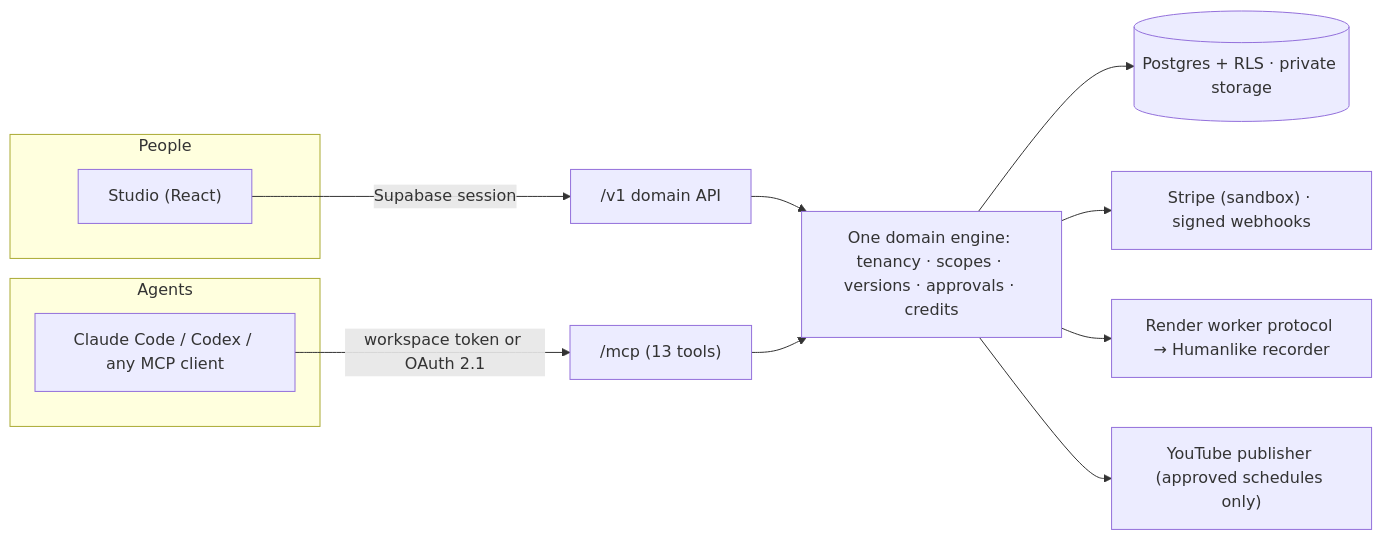
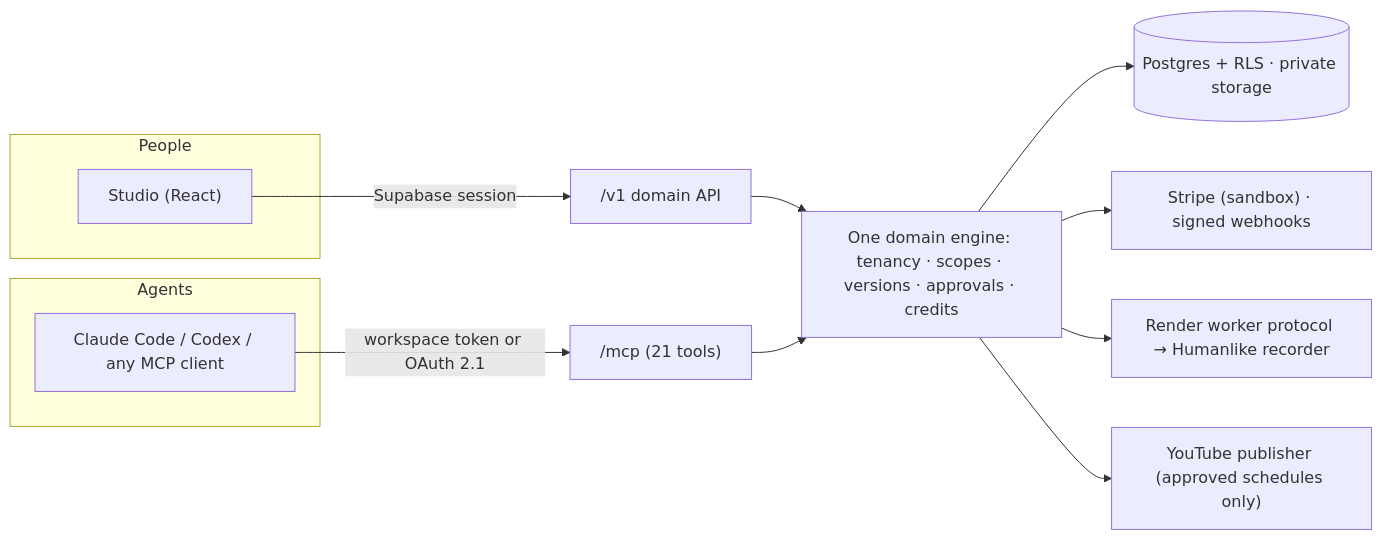
One commit to DimitrisTheo-Dev/Hackathon-gen-ai changed the diagram in docs/submission/SUBMISSION.md. Above: the diagram before and after it, drawn with Mermaid. The commit also changed other lines of this file and 3 other files, not shown here.

````diff
--- a/docs/submission/SUBMISSION.md
+++ b/docs/submission/SUBMISSION.md
@@ -41,17 +46,17 @@
 ```mermaid
 flowchart LR
   subgraph People
     Studio["Studio (React)"]
   end
   subgraph Agents
     CC["Claude Code / Codex / any MCP client"]
   end
   Studio -- "Supabase session" --> API["/v1 domain API"]
-  CC -- "workspace token or OAuth 2.1" --> MCP["/mcp (13 tools)"]
+  CC -- "workspace token or OAuth 2.1" --> MCP["/mcp (21 tools)"]
   API --> Engine["One domain engine: tenancy · scopes · versions · approvals · credits"]
   MCP --> Engine
   Engine --> DB[("Postgres + RLS · private storage")]
   Engine --> Stripe["Stripe (sandbox) · signed webhooks"]
   Engine --> Worker["Render worker protocol → Humanlike recorder"]
   Engine --> YT["YouTube publisher (approved schedules only)"]
 ```
````
